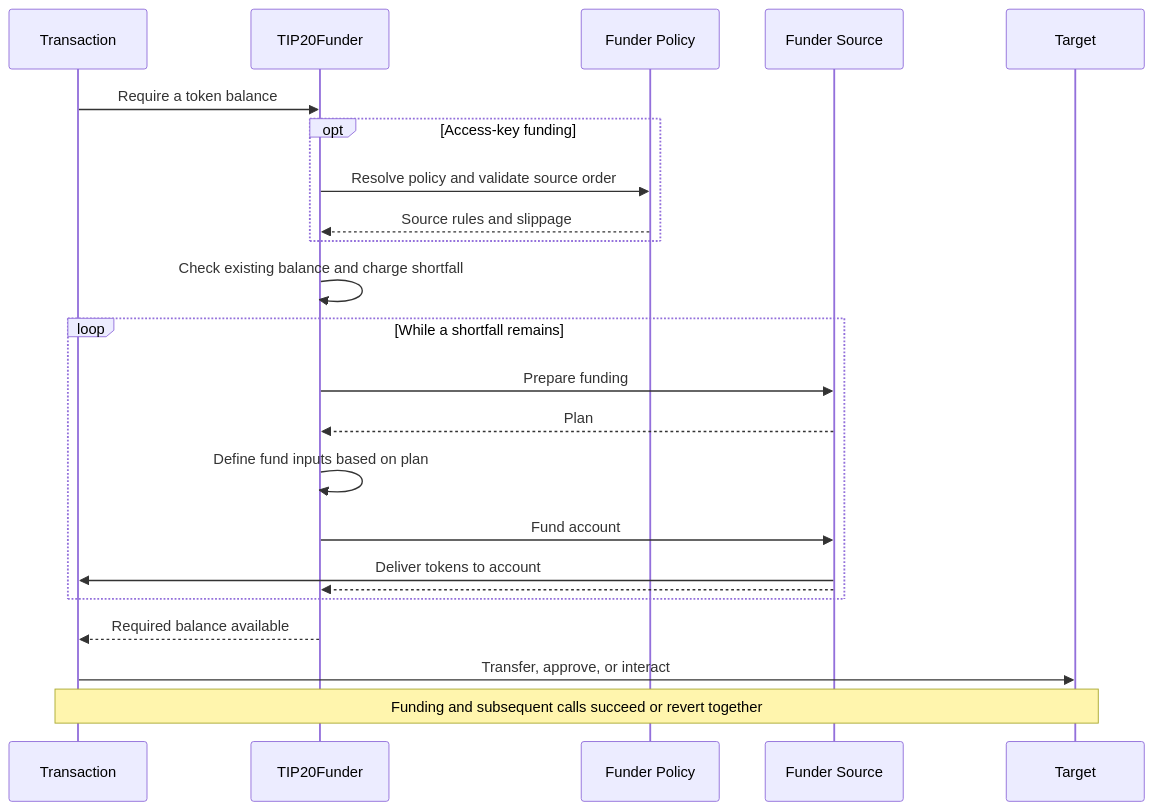
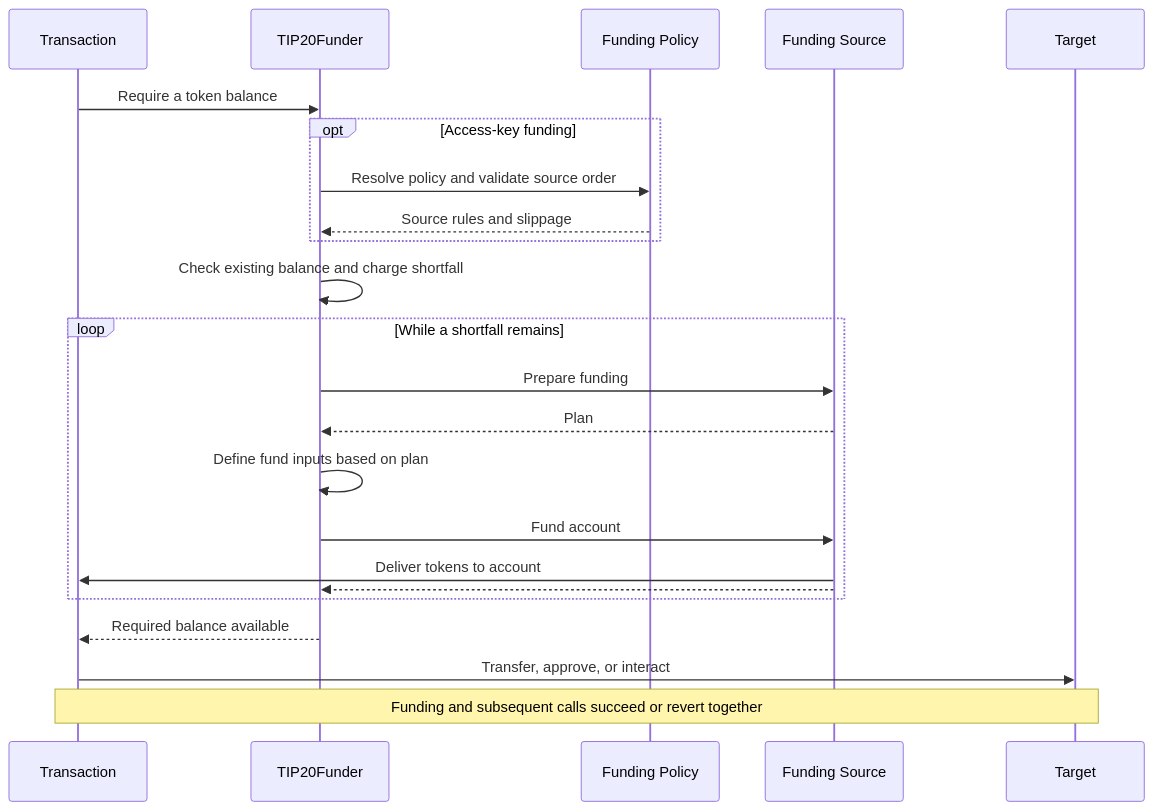
Before and after one commit to tempoxyz/tempo: the diagram in tips/tip-1120.md, drawn with Mermaid. The commit also changed other lines of this file, not shown here.

Commit message:
docs(tip-1120): rename funding policies and sources

````diff
--- a/tips/tip-1120.md
+++ b/tips/tip-1120.md
@@ -45,26 +45,26 @@
 ```mermaid
 sequenceDiagram
     participant C as Transaction
     participant P as TIP20Funder
-    participant R as Funder Policy
-    participant F as Funder Source
+    participant R as Funding Policy
+    participant F as Funding Source
     participant A as Target
 
     C->>P: Require a token balance
     opt Access-key funding
         P->>R: Resolve policy and validate source order
         R-->>P: Source rules and slippage
     end
     P->>P: Check existing balance and charge shortfall
     loop While a shortfall remains
         P->>F: Prepare funding
         F-->>P: Plan
         P->>P: Define fund inputs based on plan
         P->>F: Fund account
         F->>C: Deliver tokens to account
         F-->>P:
     end
     P-->>C: Required balance available
     C->>A: Transfer, approve, or interact
     Note over C,A: Funding and subsequent calls succeed or revert together
 ```
````
